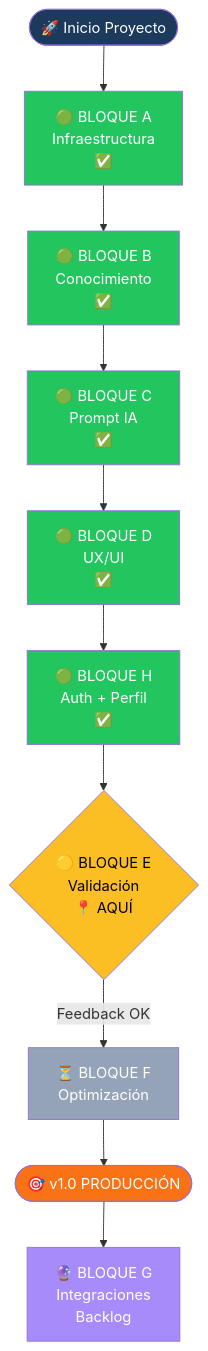
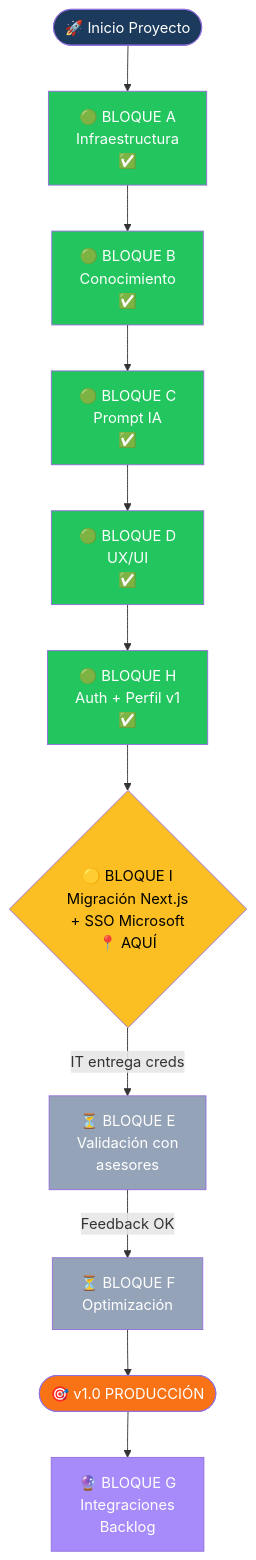
The second of 14 diagrams in ROADMAP.md (JnSbstnRivera/WINDMAR-AI-AGENT), drawn with Mermaid before and after one commit. The commit also changed other lines of this file and 48 other files, not shown here.

First line of the commit message:
Migrate to Next.js 15 + Microsoft Entra ID SSO

````diff
--- a/ROADMAP.md
+++ b/ROADMAP.md
@@ -54,24 +54,26 @@
 ```mermaid
 flowchart TD
     Start([🚀 Inicio Proyecto]) --> A
     A[🟢 BLOQUE A<br/>Infraestructura<br/>✅]
     A --> B[🟢 BLOQUE B<br/>Conocimiento<br/>✅]
     B --> C[🟢 BLOQUE C<br/>Prompt IA<br/>✅]
     C --> D[🟢 BLOQUE D<br/>UX/UI<br/>✅]
-    D --> H[🟢 BLOQUE H<br/>Auth + Perfil<br/>✅]
-    H --> E{🟡 BLOQUE E<br/>Validación<br/>📍 AQUÍ}
+    D --> H[🟢 BLOQUE H<br/>Auth + Perfil v1<br/>✅]
+    H --> I{🟡 BLOQUE I<br/>Migración Next.js<br/>+ SSO Microsoft<br/>📍 AQUÍ}
+    I -->|IT entrega creds| E[⏳ BLOQUE E<br/>Validación con<br/>asesores]
     E -->|Feedback OK| F[⏳ BLOQUE F<br/>Optimización]
     F --> V1([🎯 v1.0 PRODUCCIÓN])
     V1 --> G[🔮 BLOQUE G<br/>Integraciones<br/>Backlog]
 
     style A fill:#22c55e,color:#fff
     style B fill:#22c55e,color:#fff
     style C fill:#22c55e,color:#fff
     style D fill:#22c55e,color:#fff
     style H fill:#22c55e,color:#fff
-    style E fill:#fbbf24,color:#000
+    style I fill:#fbbf24,color:#000
+    style E fill:#94a3b8,color:#fff
     style F fill:#94a3b8,color:#fff
     style G fill:#a78bfa,color:#fff
     style V1 fill:#f97316,color:#fff
     style Start fill:#1B3A5C,color:#fff
 ```
````
